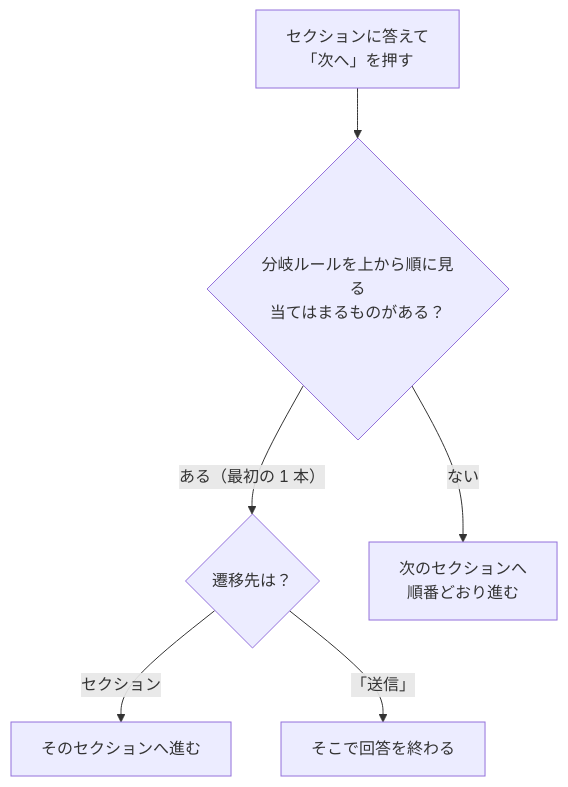
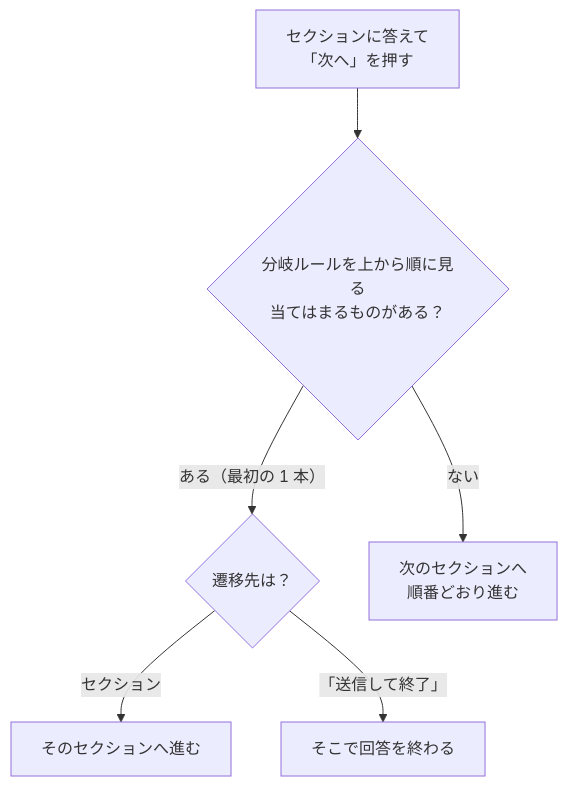
The diagram in coolify/apps/nextjs-web/content/manual/operations/general/forms/user.md (Kuisin/ckk-tool-v3), drawn with Mermaid before and after one commit. The commit also changed other lines of this file and 29 other files, not shown here.

````diff
--- a/coolify/apps/nextjs-web/content/manual/operations/general/forms/user.md
+++ b/coolify/apps/nextjs-web/content/manual/operations/general/forms/user.md
@@ -75,8 +132,8 @@
 ```mermaid
 flowchart TD
   s["セクションに答えて<br/>「次へ」を押す"] --> q{"分岐ルールを上から順に見る<br/>当てはまるものがある？"}
   q -->|"ある（最初の 1 本）"| t{"遷移先は？"}
   q -->|"ない"| n["次のセクションへ<br/>順番どおり進む"]
   t -->|"セクション"| j["そのセクションへ進む"]
-  t -->|"「送信」"| e["そこで回答を終わる"]
+  t -->|"「送信して終了」"| e["そこで回答を終わる"]
 ```
````
